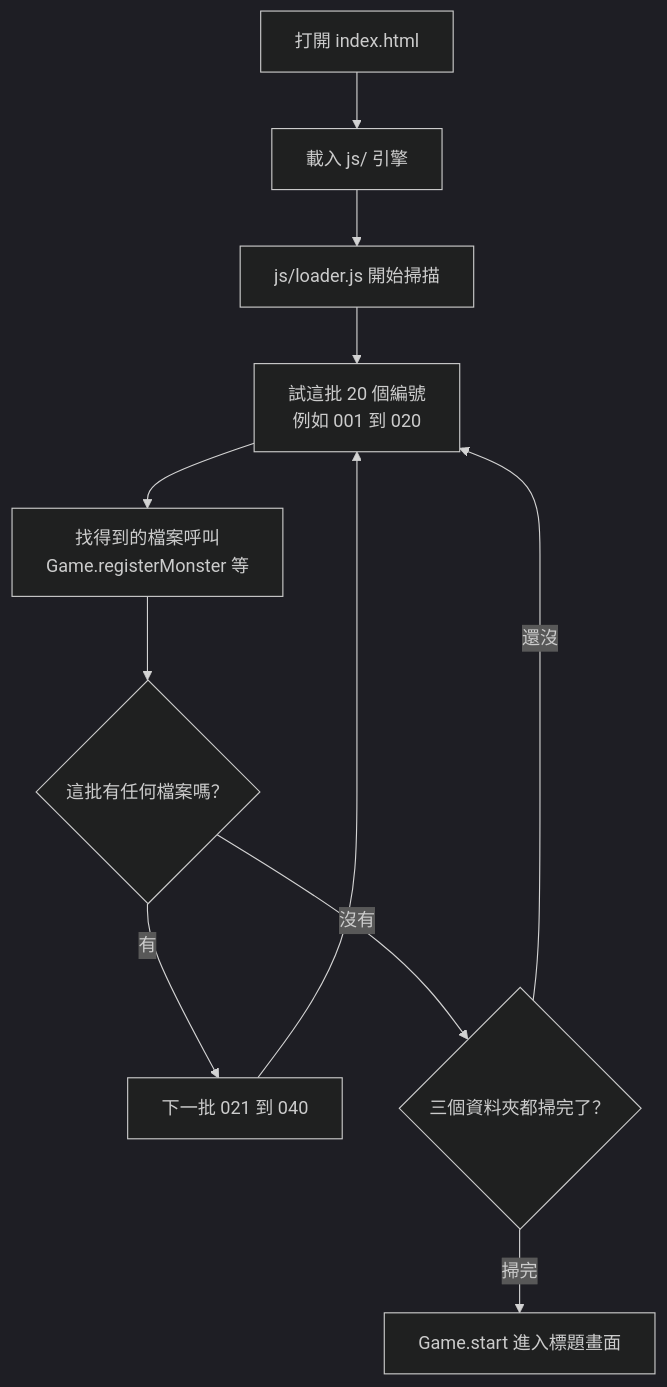
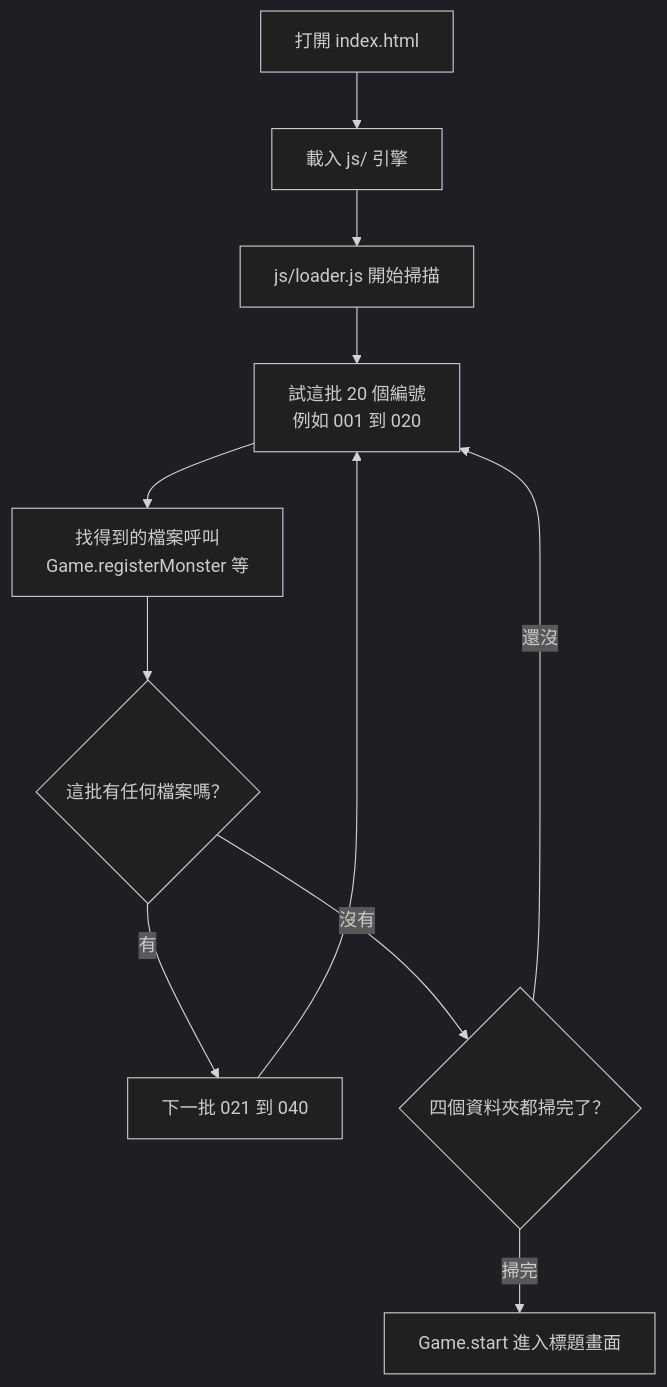
Before and after one commit to Lee-unhn/Game_AIstar: the second of 4 diagrams in docs/ARCHITECTURE.md, drawn with Mermaid (dark theme). The commit also changed other lines of this file and 24 other files, not shown here.

````diff
--- a/docs/ARCHITECTURE.md
+++ b/docs/ARCHITECTURE.md
@@ -31,13 +31,13 @@
 ```mermaid
 flowchart TD
   open["打開 index.html"] --> engine["載入 js/ 引擎"]
   engine --> loader["js/loader.js 開始掃描"]
   loader --> batch["試這批 20 個編號<br/>例如 001 到 020"]
   batch --> run["找得到的檔案呼叫<br/>Game.registerMonster 等"]
   run --> any{"這批有任何檔案嗎？"}
   any -- "有" --> nextBatch["下一批 021 到 040"]
   nextBatch --> batch
-  any -- "沒有" --> folder{"三個資料夾都掃完了？"}
+  any -- "沒有" --> folder{"四個資料夾都掃完了？"}
   folder -- "還沒" --> batch
   folder -- "掃完" --> start["Game.start 進入標題畫面"]
 ```
````
